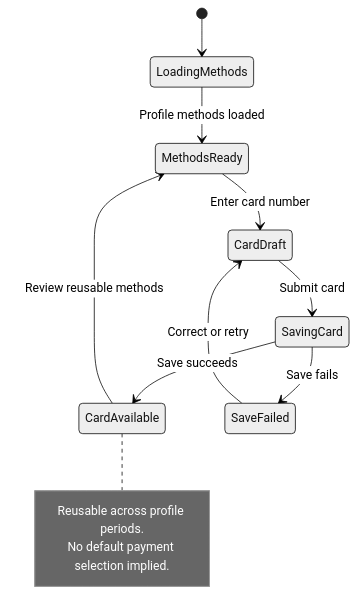
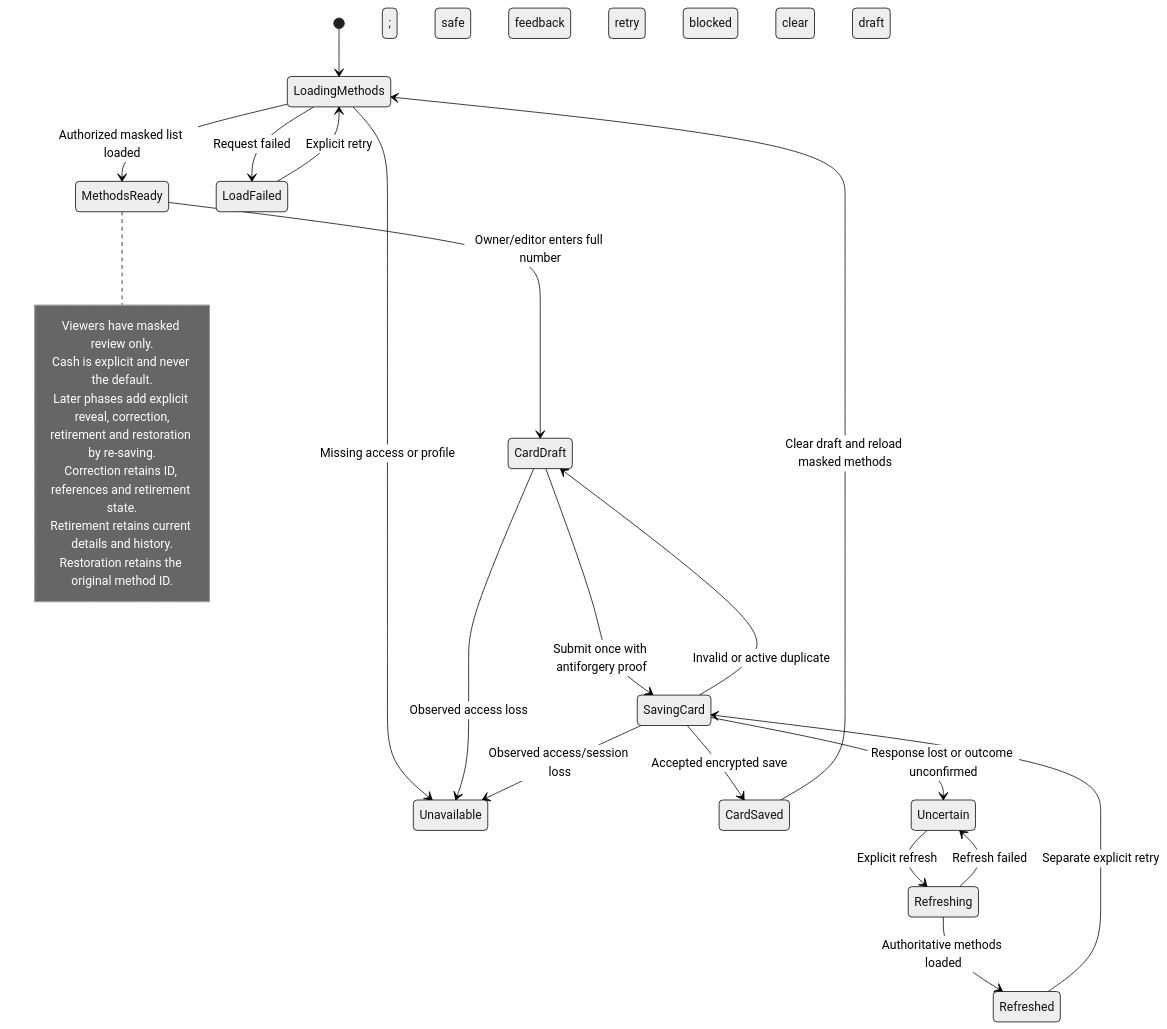
Before and after one commit to juliantiu/personal-finance: the diagram in docs/v1.0/use_cases/UC-005_save-credit-card-payment-methods/states.md, drawn with Mermaid (neutral theme). The commit also changed other lines of this file and 47 other files, not shown here.

````diff
--- a/docs/v1.0/use_cases/UC-005_save-credit-card-payment-methods/states.md
+++ b/docs/v1.0/use_cases/UC-005_save-credit-card-payment-methods/states.md
@@ -9,15 +7,29 @@
 ```mermaid
 stateDiagram-v2
     [*] --> LoadingMethods
-    LoadingMethods --> MethodsReady: Profile methods loaded
-    MethodsReady --> CardDraft: Enter card number
-    CardDraft --> SavingCard: Submit card
-    SavingCard --> CardAvailable: Save succeeds
-    SavingCard --> SaveFailed: Save fails
-    SaveFailed --> CardDraft: Correct or retry
-    CardAvailable --> MethodsReady: Review reusable methods
-    note right of CardAvailable
-        Reusable across profile periods.
-        No default payment selection implied.
+    LoadingMethods --> MethodsReady: Authorized masked list loaded
+    LoadingMethods --> Unavailable: Missing access or profile
+    LoadingMethods --> LoadFailed: Request failed
+    LoadFailed --> LoadingMethods: Explicit retry
+    MethodsReady --> CardDraft: Owner/editor enters full number
+    CardDraft --> SavingCard: Submit once with antiforgery proof
+    SavingCard --> CardDraft: Invalid or active duplicate; safe feedback
+    SavingCard --> CardSaved: Accepted encrypted save
+    CardSaved --> LoadingMethods: Clear draft and reload masked methods
+    SavingCard --> Uncertain: Response lost or outcome unconfirmed
+    Uncertain --> Refreshing: Explicit refresh
+    Refreshing --> Uncertain: Refresh failed; retry blocked
+    Refreshing --> Refreshed: Authoritative methods loaded
+    Refreshed --> SavingCard: Separate explicit retry
+    CardDraft --> Unavailable: Observed access loss; clear draft
+    SavingCard --> Unavailable: Observed access/session loss; clear draft
+    note right of MethodsReady
+        Viewers have masked review only.
+        Cash is explicit and never the default.
+        Later phases add explicit reveal, correction,
+        retirement and restoration by re-saving.
+        Correction retains ID, references and retirement state.
+        Retirement retains current details and history.
+        Restoration retains the original method ID.
     end note
 ```
````
